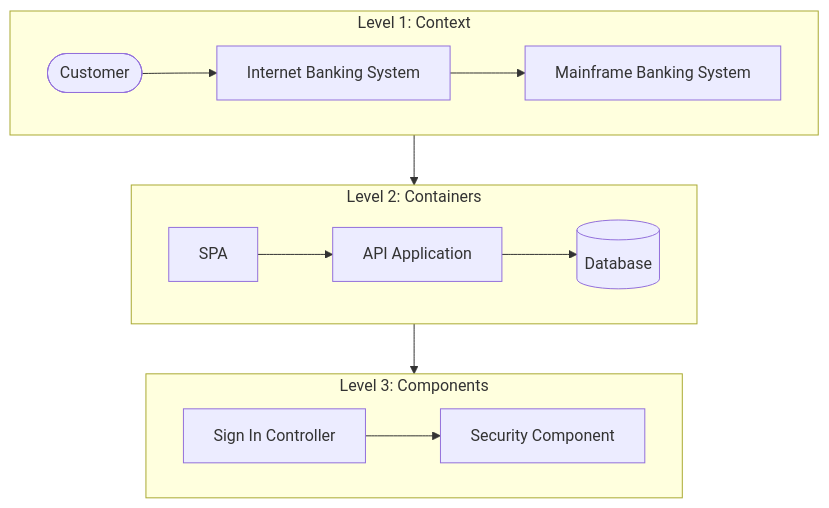
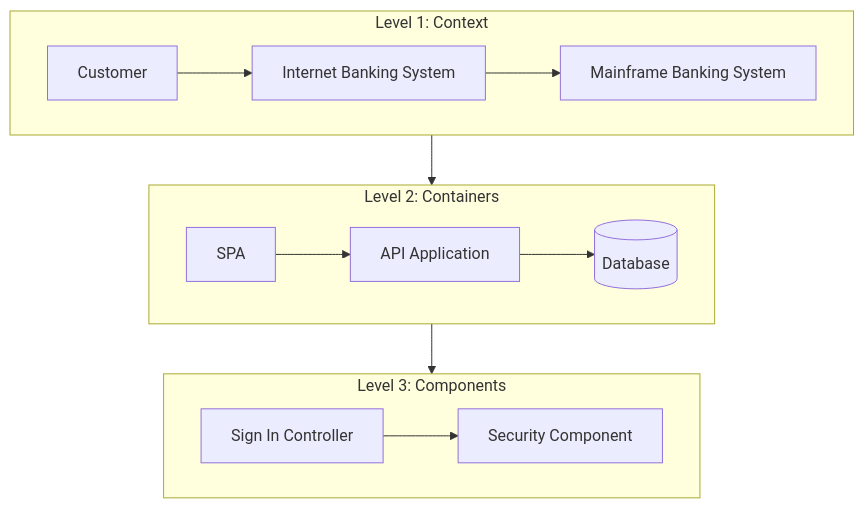
The fourth of 4 diagrams in Software Architecture/C4 Modeling/C4 Modeling.md (maniebra/software-engineering-handbook), drawn with Mermaid before and after one commit. The commit also changed other lines of this file and 3 other files, not shown here.

Commit message:
#7 improve diagrams rendering

````diff
--- a/Software Architecture/C4 Modeling/C4 Modeling.md
+++ b/Software Architecture/C4 Modeling/C4 Modeling.md
@@ -76,14 +76,14 @@
 ```mermaid
 flowchart TB
     subgraph L1["Level 1: Context"]
-        cust([Customer]) --> ib[Internet Banking System]
+        cust[Customer] --> ib[Internet Banking System]
         ib --> ms[Mainframe Banking System]
     end
     subgraph L2["Level 2: Containers"]
         spa[SPA] --> api[API Application] --> db[(Database)]
     end
     subgraph L3["Level 3: Components"]
         sc[Sign In Controller] --> sec[Security Component]
     end
     L1 --> L2 --> L3
 ```
````
